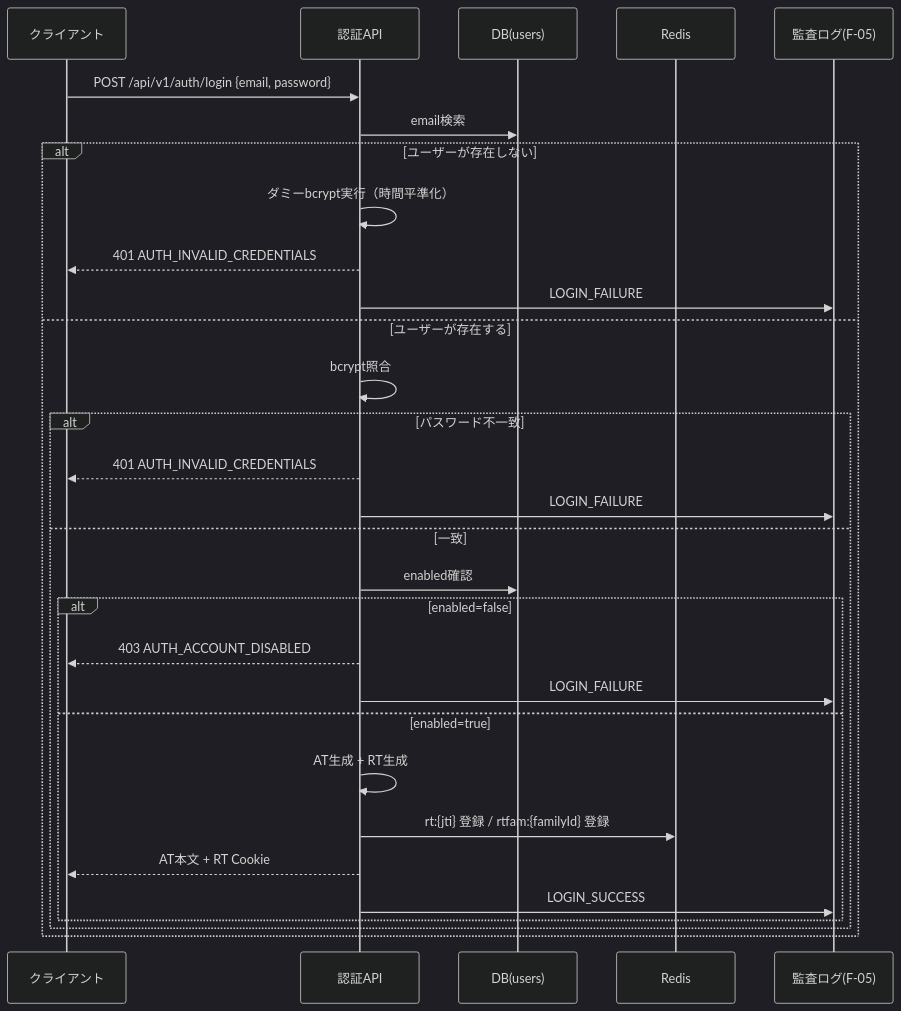
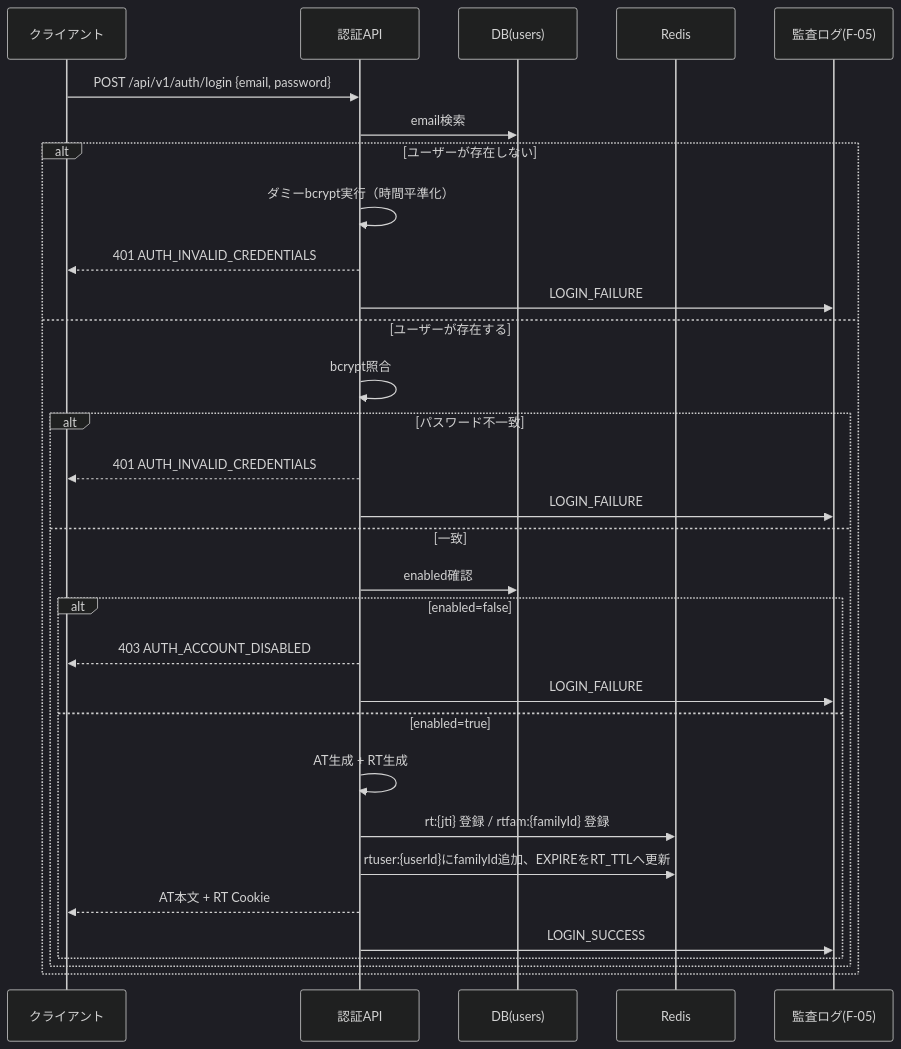
One commit to ryohei-sumii/ForgeHub changed the first of 2 diagrams in docs/design/f-01-jwt-auth.md. Above: the diagram before and after it, drawn with Mermaid (dark theme). The commit also changed other lines of this file and 1 other file, not shown here.

First line of the commit message:
Fix F-02 review findings: user-level session invalidation, audit ordering, error code

````diff
--- a/docs/design/f-01-jwt-auth.md
+++ b/docs/design/f-01-jwt-auth.md
@@ -127,33 +129,34 @@
 ```mermaid
 sequenceDiagram
     participant C as クライアント
     participant A as 認証API
     participant D as DB(users)
     participant R as Redis
     participant L as 監査ログ(F-05)
 
     C->>A: POST /api/v1/auth/login {email, password}
     A->>D: email検索
     alt ユーザーが存在しない
         A->>A: ダミーbcrypt実行（時間平準化）
         A-->>C: 401 AUTH_INVALID_CREDENTIALS
         A->>L: LOGIN_FAILURE
     else ユーザーが存在する
         A->>A: bcrypt照合
         alt パスワード不一致
             A-->>C: 401 AUTH_INVALID_CREDENTIALS
             A->>L: LOGIN_FAILURE
         else 一致
             A->>D: enabled確認
             alt enabled=false
                 A-->>C: 403 AUTH_ACCOUNT_DISABLED
                 A->>L: LOGIN_FAILURE
             else enabled=true
                 A->>A: AT生成 + RT生成
                 A->>R: rt:{jti} 登録 / rtfam:{familyId} 登録
+                A->>R: rtuser:{userId}にfamilyId追加、EXPIREをRT_TTLへ更新
                 A-->>C: AT本文 + RT Cookie
                 A->>L: LOGIN_SUCCESS
             end
         end
     end
 ```
````
